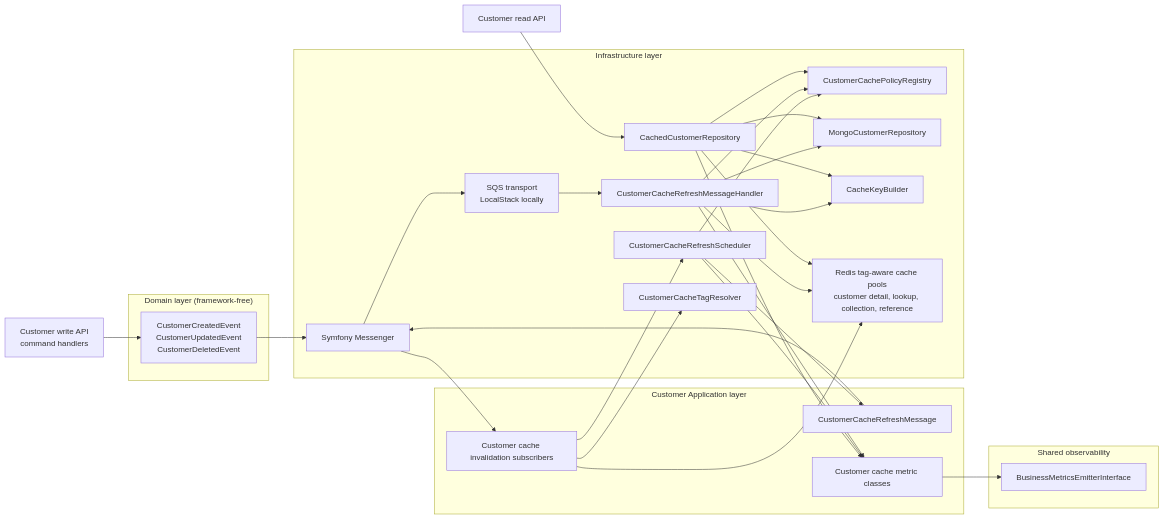
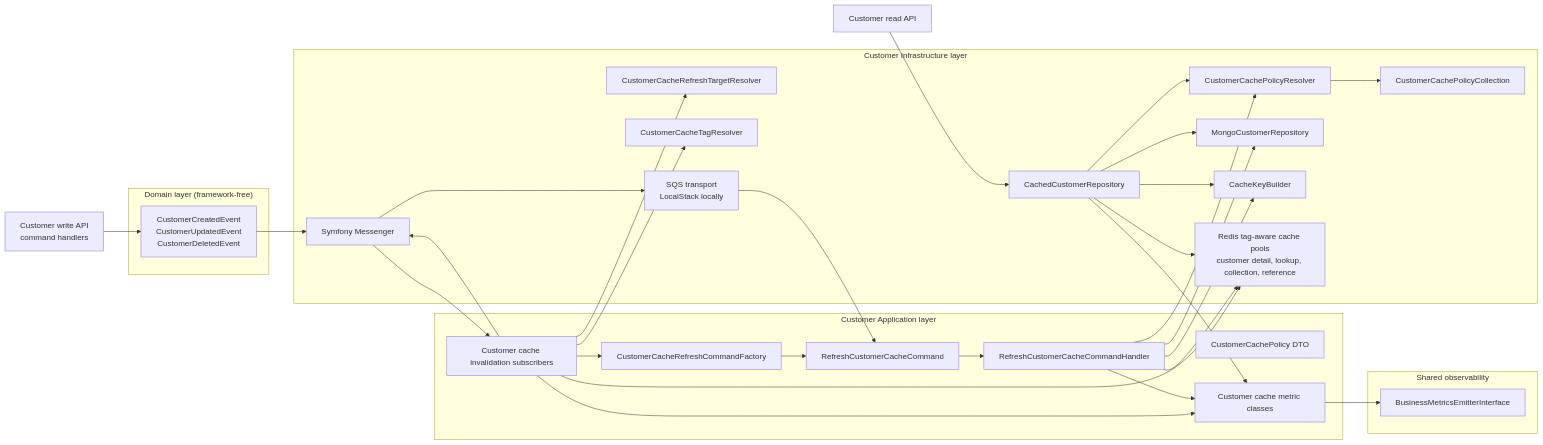
One commit to VilnaCRM-Org/core-service changed the diagram in specs/issue-176-async-cache-refresh/architecture.md. Above: the diagram before and after it, drawn with Mermaid. The commit also changed other lines of this file and 11 other files, not shown here.

````diff
--- a/specs/issue-176-async-cache-refresh/architecture.md
+++ b/specs/issue-176-async-cache-refresh/architecture.md
@@ -16,56 +20,61 @@
 ```mermaid
 flowchart LR
     subgraph Domain["Domain layer (framework-free)"]
         DomainEvents["CustomerCreatedEvent\nCustomerUpdatedEvent\nCustomerDeletedEvent"]
     end
 
     subgraph Application["Customer Application layer"]
         Subscribers["Customer cache invalidation subscribers"]
-        Message["CustomerCacheRefreshMessage"]
+        CommandFactory["CustomerCacheRefreshCommandFactory"]
+        RefreshCommand["RefreshCustomerCacheCommand"]
+        RefreshHandler["RefreshCustomerCacheCommandHandler"]
+        PolicyDto["CustomerCachePolicy DTO"]
         Metrics["Customer cache metric classes"]
     end
 
-    subgraph Infrastructure["Infrastructure layer"]
-        PolicyRegistry["CustomerCachePolicyRegistry"]
-        Scheduler["CustomerCacheRefreshScheduler"]
-        Handler["CustomerCacheRefreshMessageHandler"]
+    subgraph Infrastructure["Customer Infrastructure layer"]
+        PolicyCollection["CustomerCachePolicyCollection"]
+        PolicyResolver["CustomerCachePolicyResolver"]
+        TargetResolver["CustomerCacheRefreshTargetResolver"]
         CachedRepo["CachedCustomerRepository"]
         InnerRepo["MongoCustomerRepository"]
+        TagResolver["CustomerCacheTagResolver"]
         KeyBuilder["CacheKeyBuilder"]
-        TagResolver["CustomerCacheTagResolver"]
         CachePools["Redis tag-aware cache pools\ncustomer detail, lookup, collection, reference"]
         Messenger["Symfony Messenger"]
         Sqs["SQS transport\nLocalStack locally"]
     end
 
     subgraph Observability["Shared observability"]
         Emitter["BusinessMetricsEmitterInterface"]
     end
 
     WriteApi["Customer write API\ncommand handlers"] --> DomainEvents
     DomainEvents --> Messenger
     Messenger --> Subscribers
     Subscribers --> TagResolver
     Subscribers --> CachePools
-    Subscribers --> Scheduler
-    Scheduler --> PolicyRegistry
-    Scheduler --> Message
-    Message --> Messenger
+    Subscribers --> TargetResolver
+    Subscribers --> CommandFactory
+    CommandFactory --> RefreshCommand
+    Subscribers --> Messenger
     Messenger --> Sqs
-    Sqs --> Handler
-    Handler --> PolicyRegistry
-    Handler --> InnerRepo
-    Handler --> KeyBuilder
-    Handler --> CachePools
+    Sqs --> RefreshCommand
+    RefreshCommand --> RefreshHandler
+    RefreshHandler --> PolicyResolver
+    PolicyResolver --> PolicyCollection
+    RefreshHandler --> InnerRepo
+    RefreshHandler --> KeyBuilder
+    RefreshHandler --> CachePools
 
     ReadApi["Customer read API"] --> CachedRepo
-    CachedRepo --> PolicyRegistry
+    CachedRepo --> PolicyResolver
     CachedRepo --> KeyBuilder
     CachedRepo --> CachePools
     CachedRepo --> InnerRepo
 
     CachedRepo --> Metrics
-    Scheduler --> Metrics
-    Handler --> Metrics
+    Subscribers --> Metrics
+    RefreshHandler --> Metrics
     Metrics --> Emitter
 ```
````
